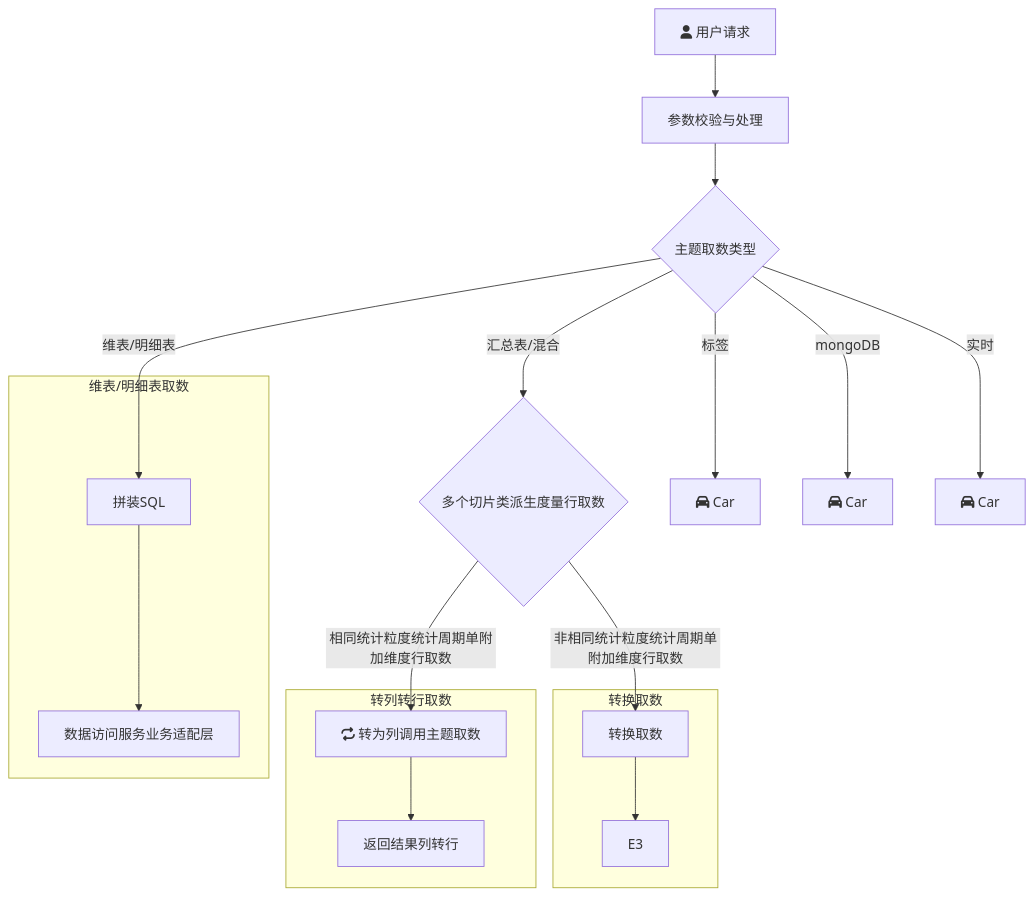
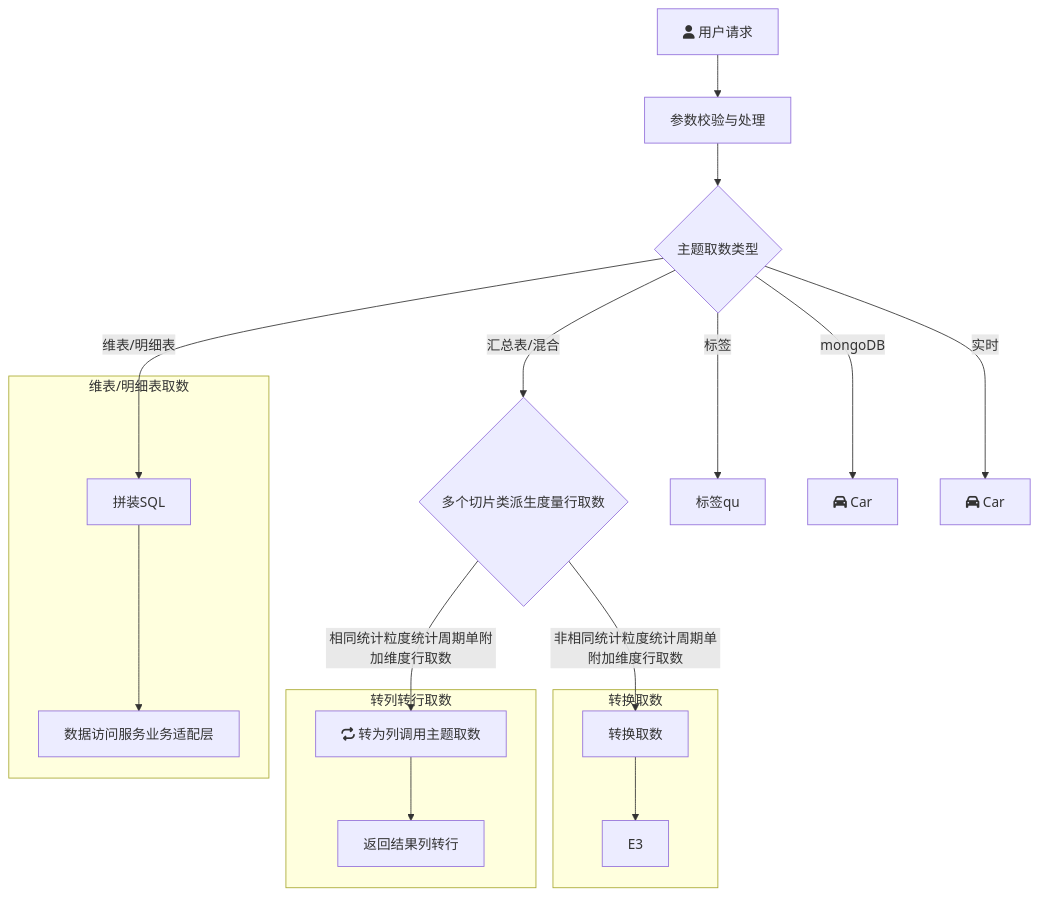
One commit to yanglosm/iodraw-files changed the diagram in all/未命名.md. Above: the diagram before and after it, drawn with Mermaid.

Commit message:
2024-11-29 18:30:17 update

````diff
--- a/all/未命名.md
+++ b/all/未命名.md
@@ -1,20 +1,20 @@
 ```mermaid
 flowchart TD
     A[fa:fa-user 用户请求] -->A1[参数校验与处理] --> B{主题取数类型}
     B -->|维表/明细表| D[拼装SQL]
     B -->|汇总表/混合| E{多个切片类派生度量行取数}
-    B -->|标签| F[fa:fa-car Car]
+    B -->|标签| F[标签qu]
     B -->|mongoDB| G[fa:fa-car Car]
     B -->|实时| H[fa:fa-car Car]
     E -->|相同统计粒度统计周期单附加维度行取数| E1[fa:fa-repeat 转为列调用主题取数]
     E -->|非相同统计粒度统计周期单附加维度行取数| E2[转换取数]
     subgraph 维表/明细表取数
     D-->D1[数据访问服务业务适配层]
     end
     subgraph 转列转行取数
     E1-->E11[返回结果列转行]
     end
     subgraph 转换取数
     E2-->E3
     end
 ```
````
